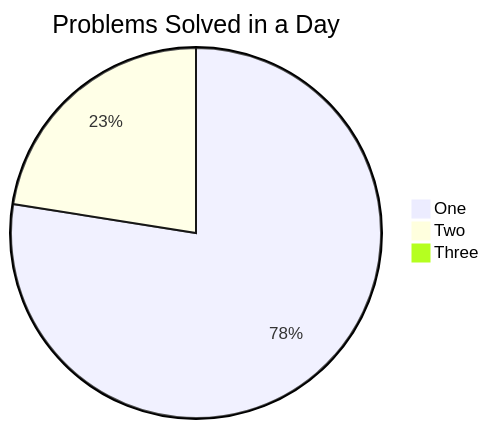
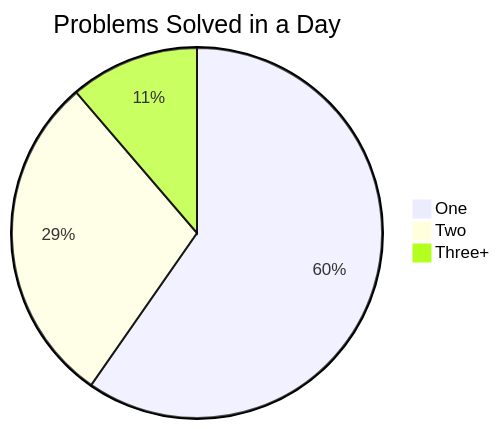
The second of 2 diagrams in readme.md (Jasjeet-Singh-S/100-days-DSA), drawn with Mermaid before and after one commit. The commit also changed other lines of this file and 3 other files, not shown here.

````diff
--- a/readme.md
+++ b/readme.md
@@ -25,6 +25,6 @@
 ```mermaid
 pie title Problems Solved in a Day
-    "One" : 31
-    "Two" : 9
-    "Three" : 0
+    "One" : 37
+    "Two" : 18
+    "Three+" : 7
 ```
````
